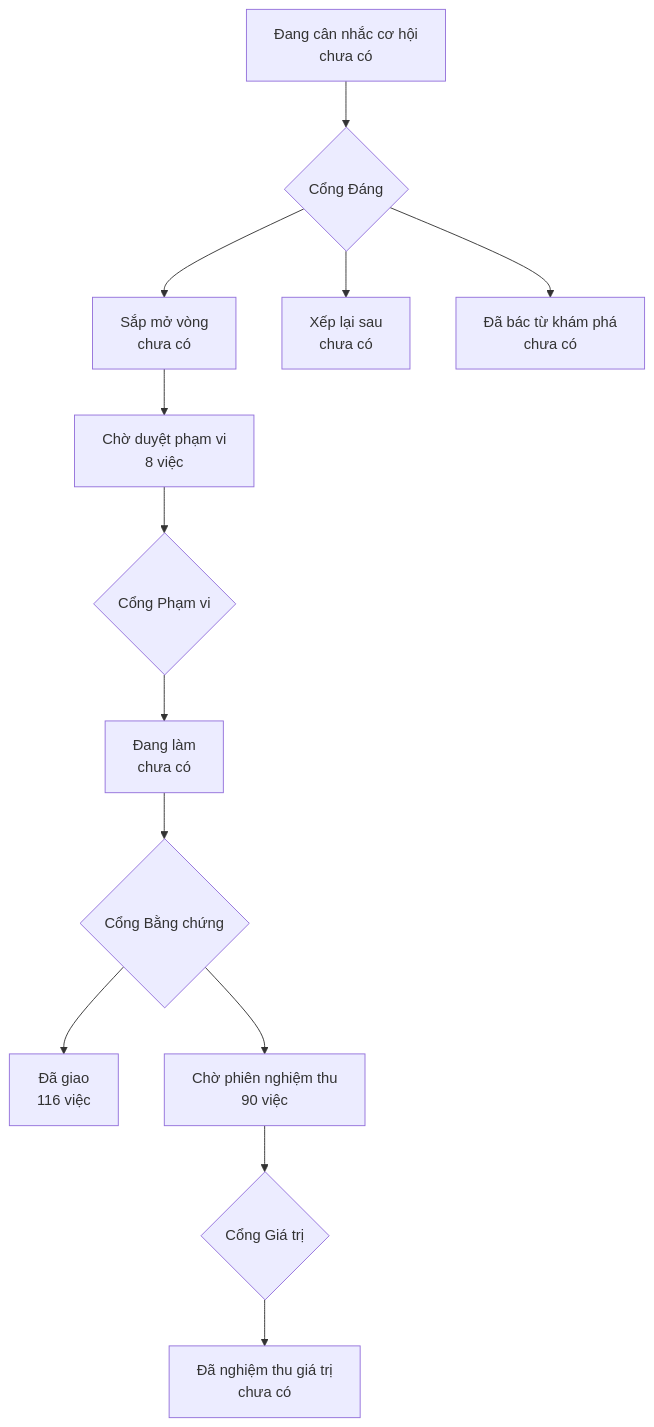
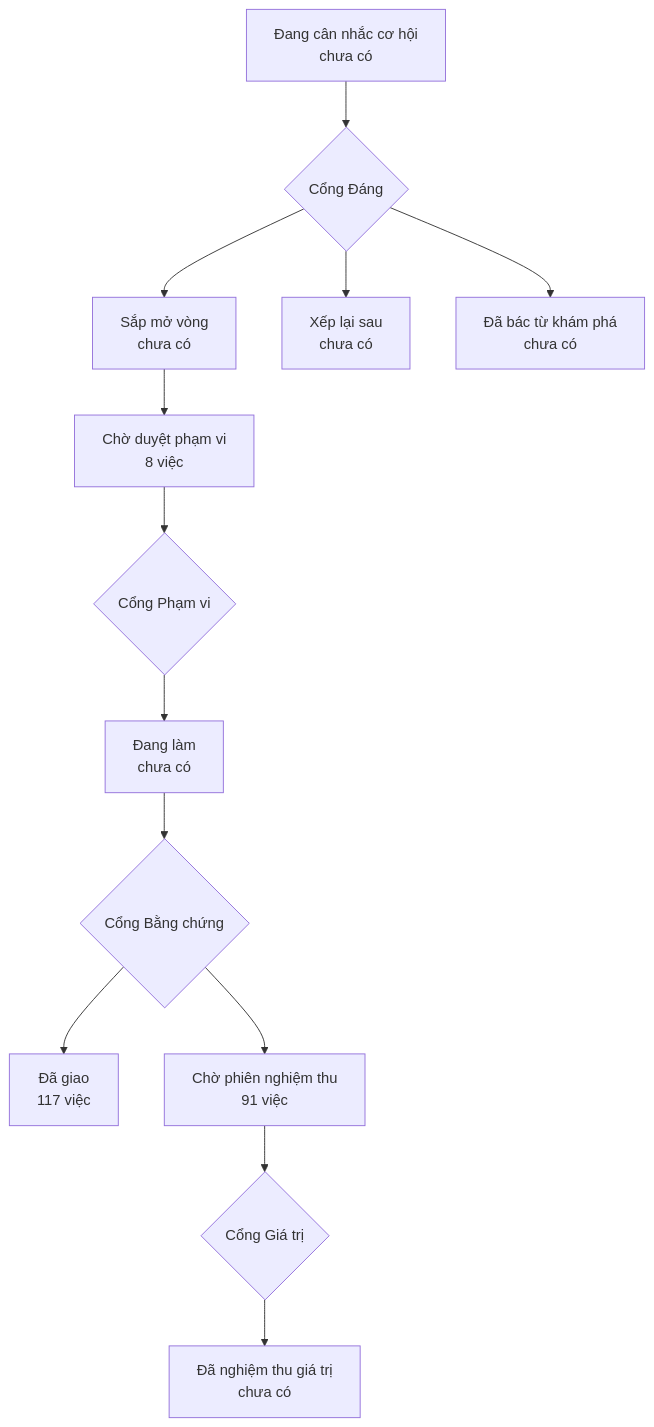
One commit to phanlemanh/onehub-invest changed the diagram in PRODUCT-MAP.md. Above: the diagram before and after it, drawn with Mermaid. The commit also changed other lines of this file and 1 other file, not shown here.

Commit message:
chore(vlm-anh-tin-s03): vẽ lại bản đồ sau gộp main b96dd58b

````diff
--- a/PRODUCT-MAP.md
+++ b/PRODUCT-MAP.md
@@ -7,12 +7,12 @@
 ```mermaid
 flowchart TD
   A["Đang cân nhắc cơ hội<br/>chưa có"] --> GD{"Cổng Đáng"}
   GD --> B["Sắp mở vòng<br/>chưa có"]
   GD --> XL["Xếp lại sau<br/>chưa có"]
   GD --> DB["Đã bác từ khám phá<br/>chưa có"]
   B --> CD["Chờ duyệt phạm vi<br/>8 việc"] --> GP{"Cổng Phạm vi"}
   GP --> DL["Đang làm<br/>chưa có"] --> GB{"Cổng Bằng chứng"}
-  GB --> DG["Đã giao<br/>116 việc"]
-  GB --> CN["Chờ phiên nghiệm thu<br/>90 việc"] --> GG{"Cổng Giá trị"}
+  GB --> DG["Đã giao<br/>117 việc"]
+  GB --> CN["Chờ phiên nghiệm thu<br/>91 việc"] --> GG{"Cổng Giá trị"}
   GG --> NT["Đã nghiệm thu giá trị<br/>chưa có"]
 ```
````
